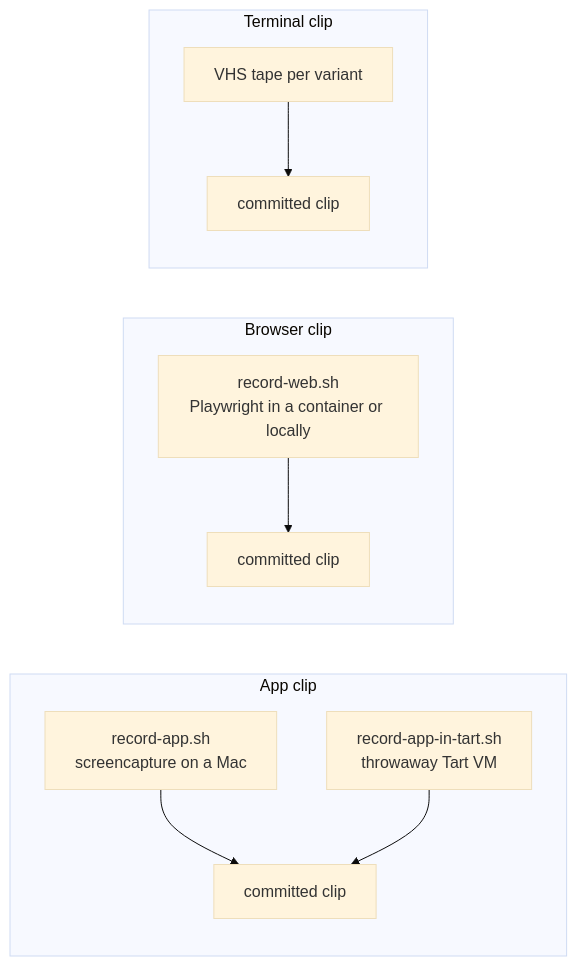
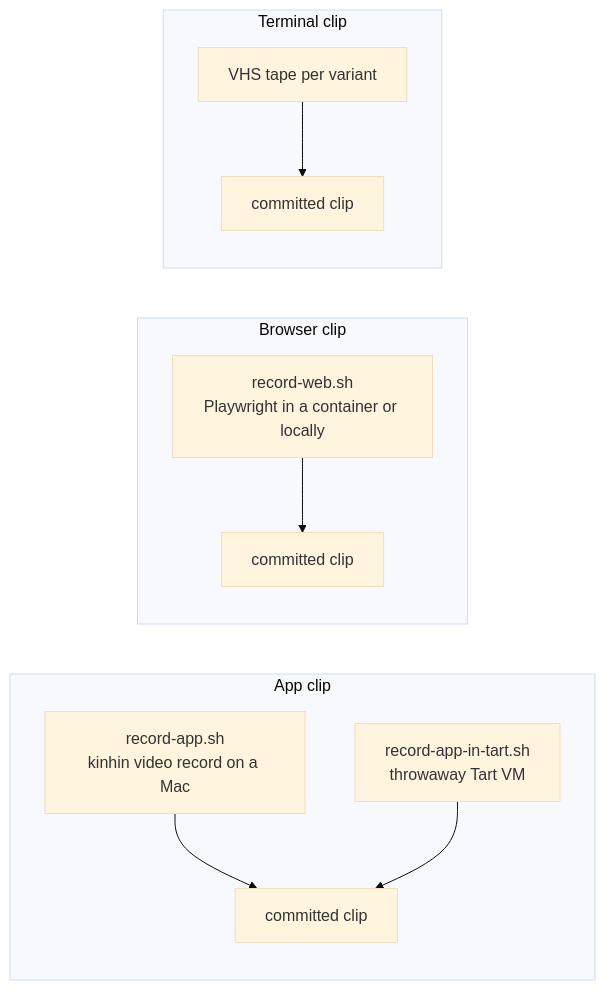
Before and after one commit to RabinApps/kinhin: the third of 4 diagrams in docs/architecture-videos.md, drawn with Mermaid (base theme). The commit also changed 9 other files, not shown here.

First line of the commit message:
Record the launch demo with kinhin video record, and fix its cues

````diff
--- a/docs/architecture-videos.md
+++ b/docs/architecture-videos.md
@@ -68,13 +68,13 @@
 ```mermaid
 flowchart LR
     subgraph app["App clip"]
-        appRec["record-app.sh<br>screencapture on a Mac"] --> appClip["committed clip"]
+        appRec["record-app.sh<br>kinhin video record on a Mac"] --> appClip["committed clip"]
         appTart["record-app-in-tart.sh<br>throwaway Tart VM"] --> appClip
     end
     subgraph web["Browser clip"]
         webRec["record-web.sh<br>Playwright in a container or locally"] --> webClip["committed clip"]
     end
     subgraph term["Terminal clip"]
         tape["VHS tape per variant"] --> termClip["committed clip"]
     end
 ```
````
